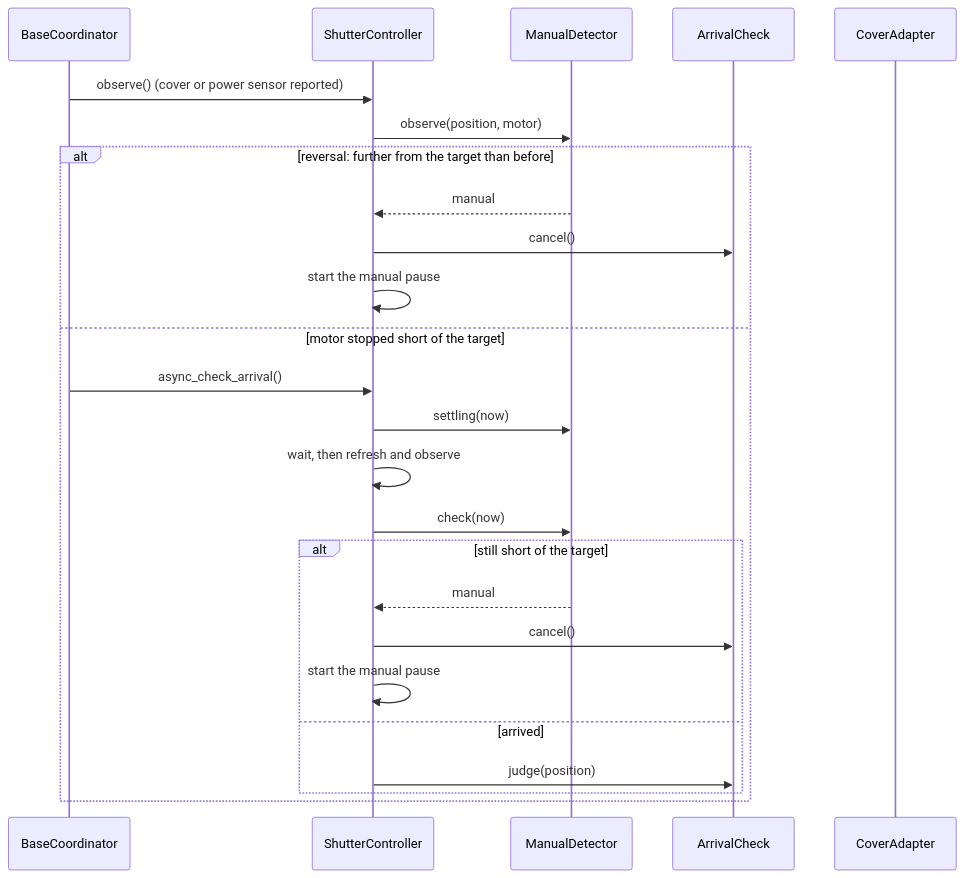
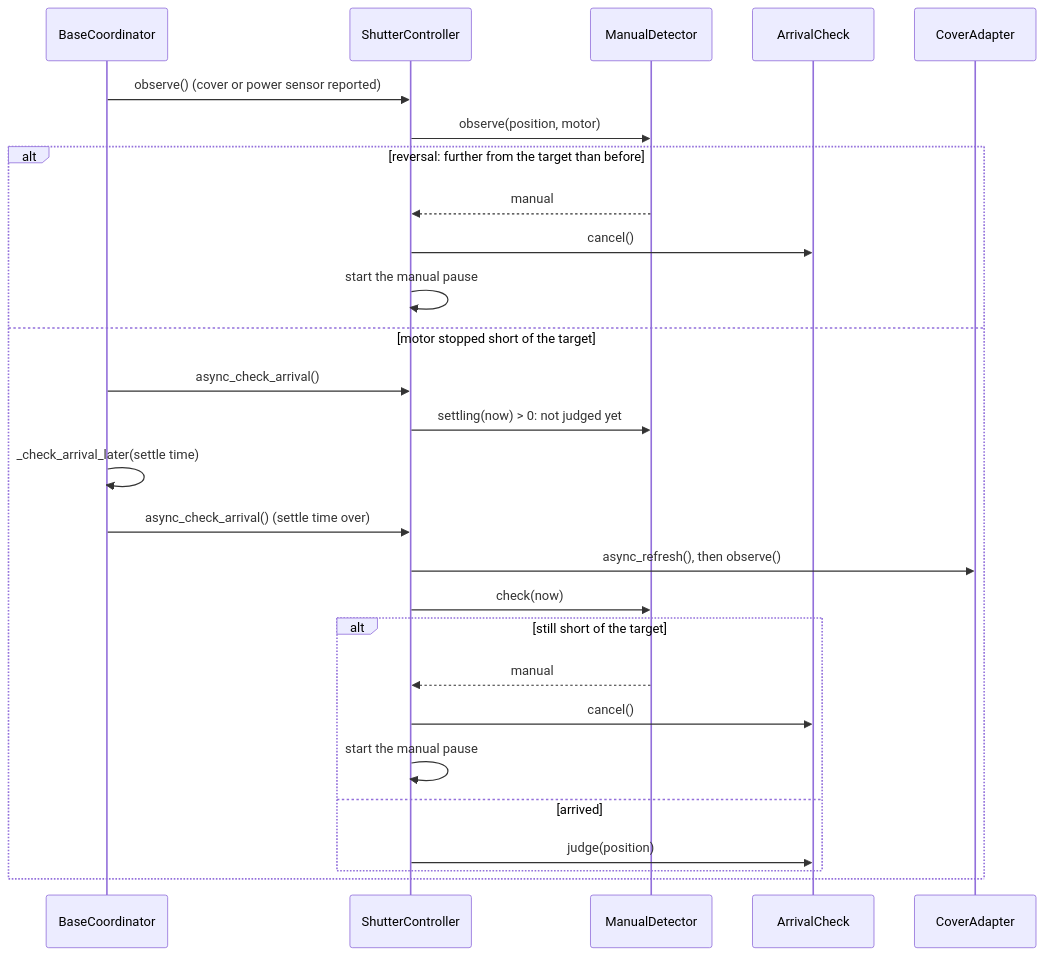
One commit to abroeders/smart-shutter-control changed diagram 16 of 47 in docs/architecture.md. Above: the diagram before and after it, drawn with Mermaid. The commit also changed 4 other files, not shown here.

Commit message:
fix(manual): judge a stop after the settle time without blocking the tick (#108)

````diff
--- a/docs/architecture.md
+++ b/docs/architecture.md
@@ -682,27 +682,29 @@
 ```mermaid
 sequenceDiagram
     participant C as BaseCoordinator
     participant SC as ShutterController
     participant MD as ManualDetector
     participant AC as ArrivalCheck
     participant A as CoverAdapter
     C->>SC: observe() (cover or power sensor reported)
     SC->>MD: observe(position, motor)
     alt reversal: further from the target than before
         MD-->>SC: manual
         SC->>AC: cancel()
         SC->>SC: start the manual pause
     else motor stopped short of the target
         C->>SC: async_check_arrival()
-        SC->>MD: settling(now)
-        SC->>SC: wait, then refresh and observe
+        SC->>MD: settling(now) > 0: not judged yet
+        C->>C: _check_arrival_later(settle time)
+        C->>SC: async_check_arrival() (settle time over)
+        SC->>A: async_refresh(), then observe()
         SC->>MD: check(now)
         alt still short of the target
             MD-->>SC: manual
             SC->>AC: cancel()
             SC->>SC: start the manual pause
         else arrived
             SC->>AC: judge(position)
         end
     end
 ```
````
